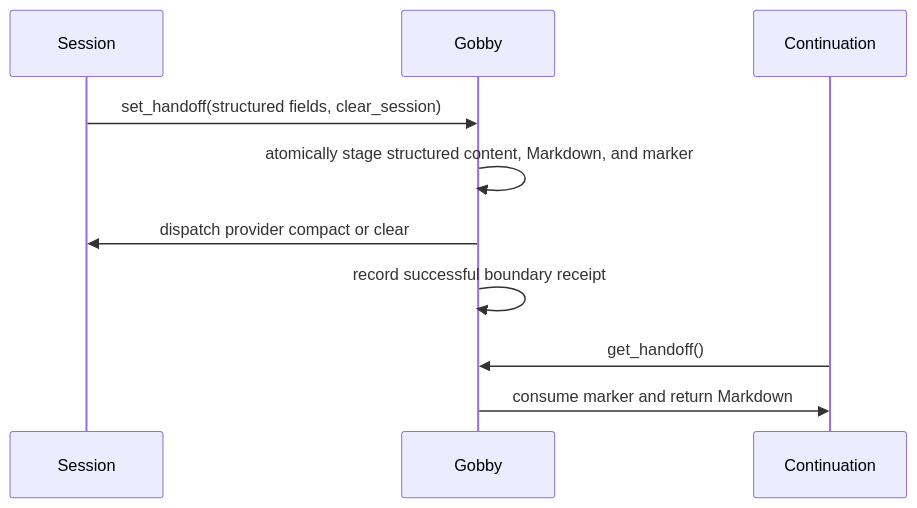
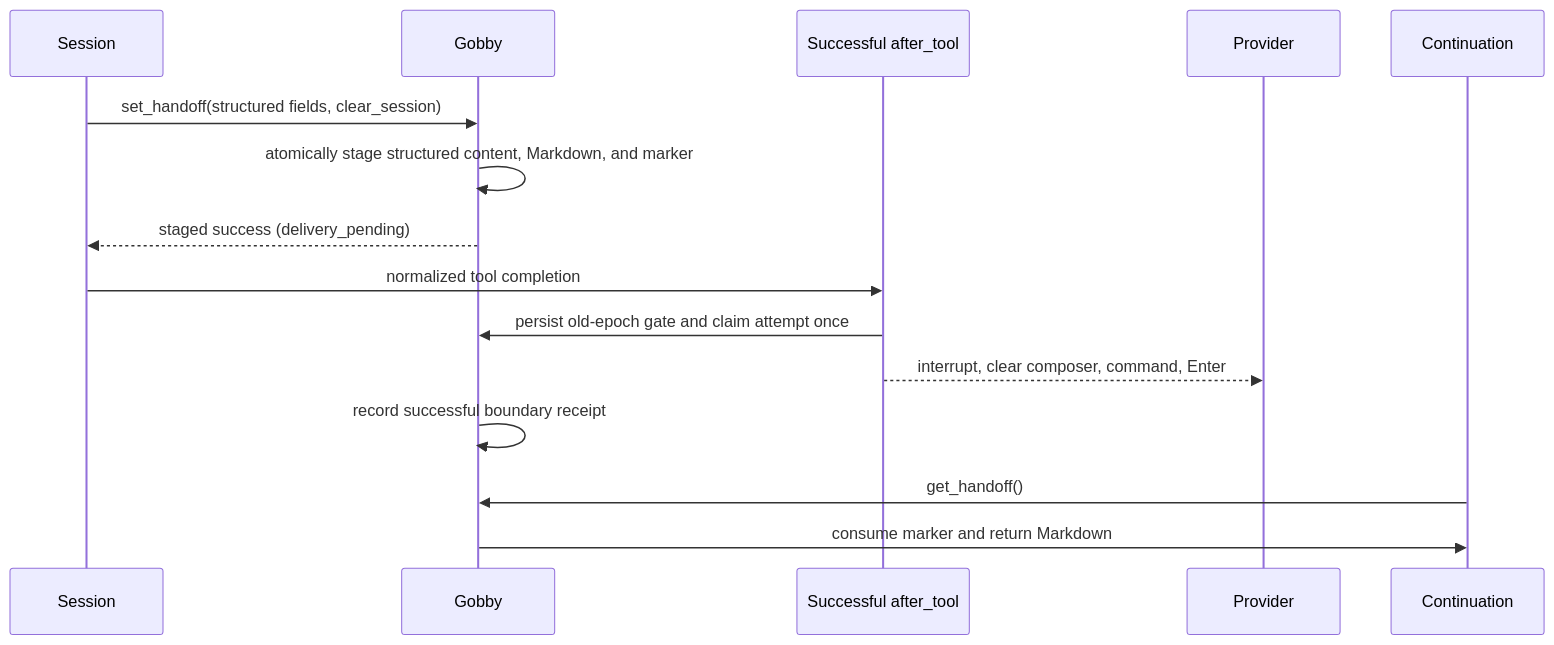
The second of 2 diagrams in docs/guides/sessions.md (GobbyAI/gobby), drawn with Mermaid before and after one commit. The commit also changed other lines of this file and 20 other files, not shown here.

Commit message:
[gobby-#21695] fix: defer terminal handoff delivery until tool completion

````diff
--- a/docs/guides/sessions.md
+++ b/docs/guides/sessions.md
@@ -346,13 +353,18 @@
 ```mermaid
 sequenceDiagram
     participant Session
     participant Gobby
+    participant Hook as Successful after_tool
+    participant Provider
     participant Continuation
 
     Session->>Gobby: set_handoff(structured fields, clear_session)
     Gobby->>Gobby: atomically stage structured content, Markdown, and marker
-    Gobby->>Session: dispatch provider compact or clear
+    Gobby-->>Session: staged success (delivery_pending)
+    Session->>Hook: normalized tool completion
+    Hook->>Gobby: persist old-epoch gate and claim attempt once
+    Hook-->>Provider: interrupt, clear composer, command, Enter
     Gobby->>Gobby: record successful boundary receipt
     Continuation->>Gobby: get_handoff()
     Gobby->>Continuation: consume marker and return Markdown
 ```
````
